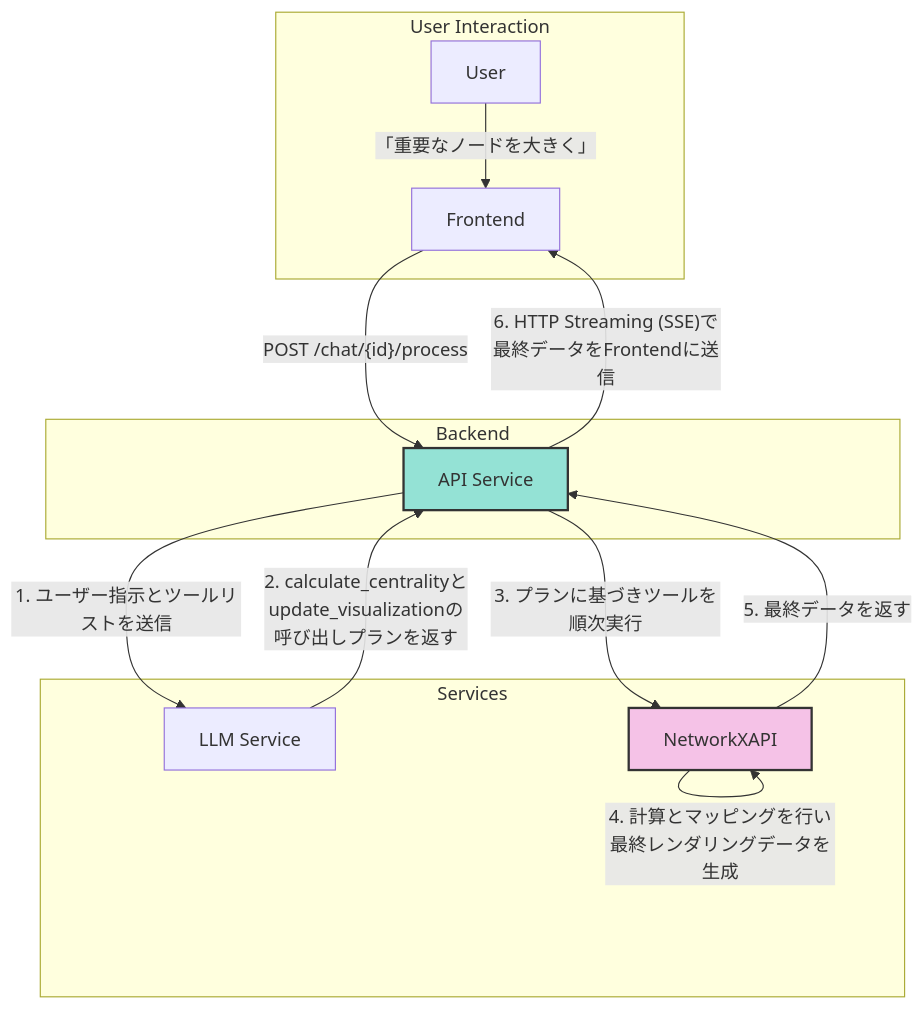
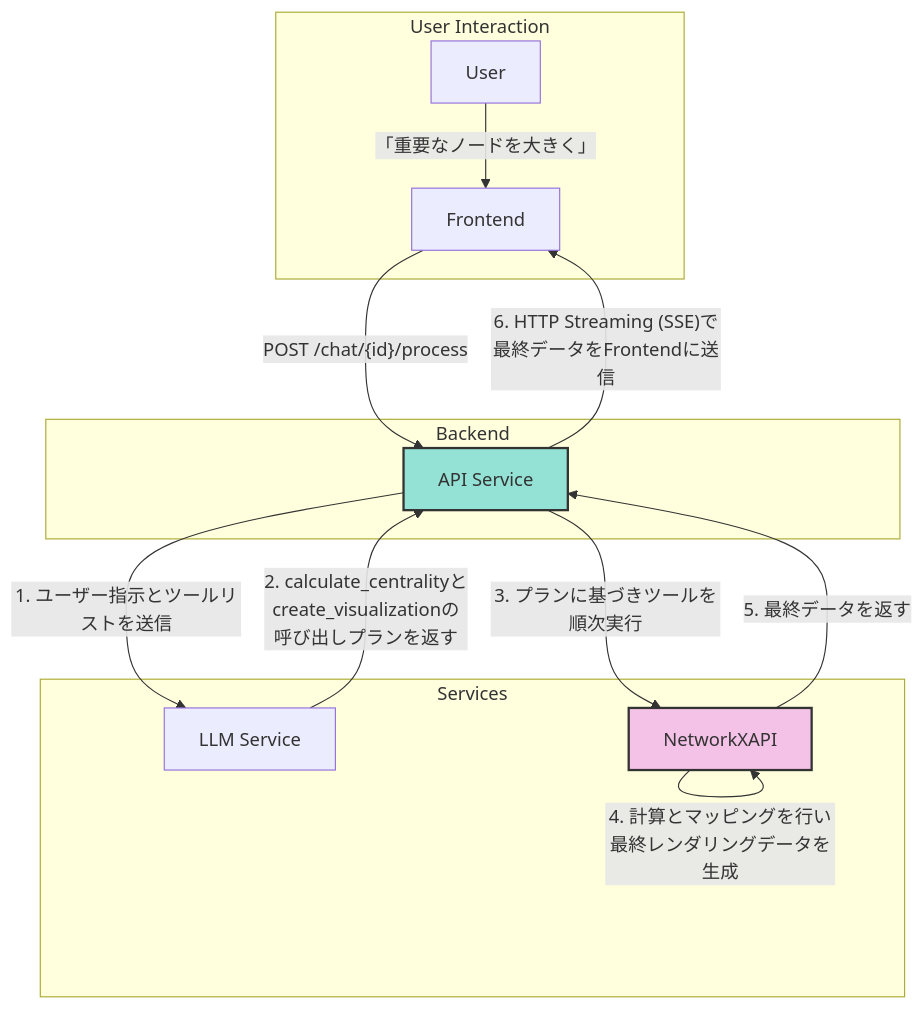
The second of 2 diagrams in specification/2_Technical_Details/1_Backend.md (vdslab/LLMGraphvis), drawn with Mermaid before and after one commit. The commit also changed other lines of this file and 5 other files, not shown here.

Commit message:
feat: Refactor visualization functions to `create_visualization` and `calculate_layout`, implement a new LLM agent workflow, and add a verification script.

````diff
--- a/specification/2_Technical_Details/1_Backend.md
+++ b/specification/2_Technical_Details/1_Backend.md
@@ -97,26 +97,26 @@
 ```mermaid
 graph TD
     subgraph User Interaction
         U[User] -- "「重要なノードを大きく」" --> F[Frontend]
     end
 
     subgraph Backend
         B_API[API Service]
     end
 
     subgraph Services
         LLM[LLM Service]
         NXAPI[NetworkXAPI]
     end
 
     F -- "POST /chat/{id}/process" --> B_API
     B_API -- "1. ユーザー指示とツールリストを送信" --> LLM
-    LLM -- "2. calculate_centralityと<br/>update_visualizationの<br/>呼び出しプランを返す" --> B_API
+    LLM -- "2. calculate_centralityと<br/>create_visualizationの<br/>呼び出しプランを返す" --> B_API
     B_API -- "3. プランに基づきツールを順次実行" --> NXAPI
     NXAPI -- "4. 計算とマッピングを行い<br/>最終レンダリングデータを生成" --> NXAPI
     NXAPI -- "5. 最終データを返す" --> B_API
     B_API -- "6. HTTP Streaming (SSE)で<br/>最終データをFrontendに送信" --> F
 
     style B_API fill:#94e2d5,stroke:#333,stroke-width:2px
     style NXAPI fill:#f5c2e7,stroke:#333,stroke-width:2px
 ```
````
